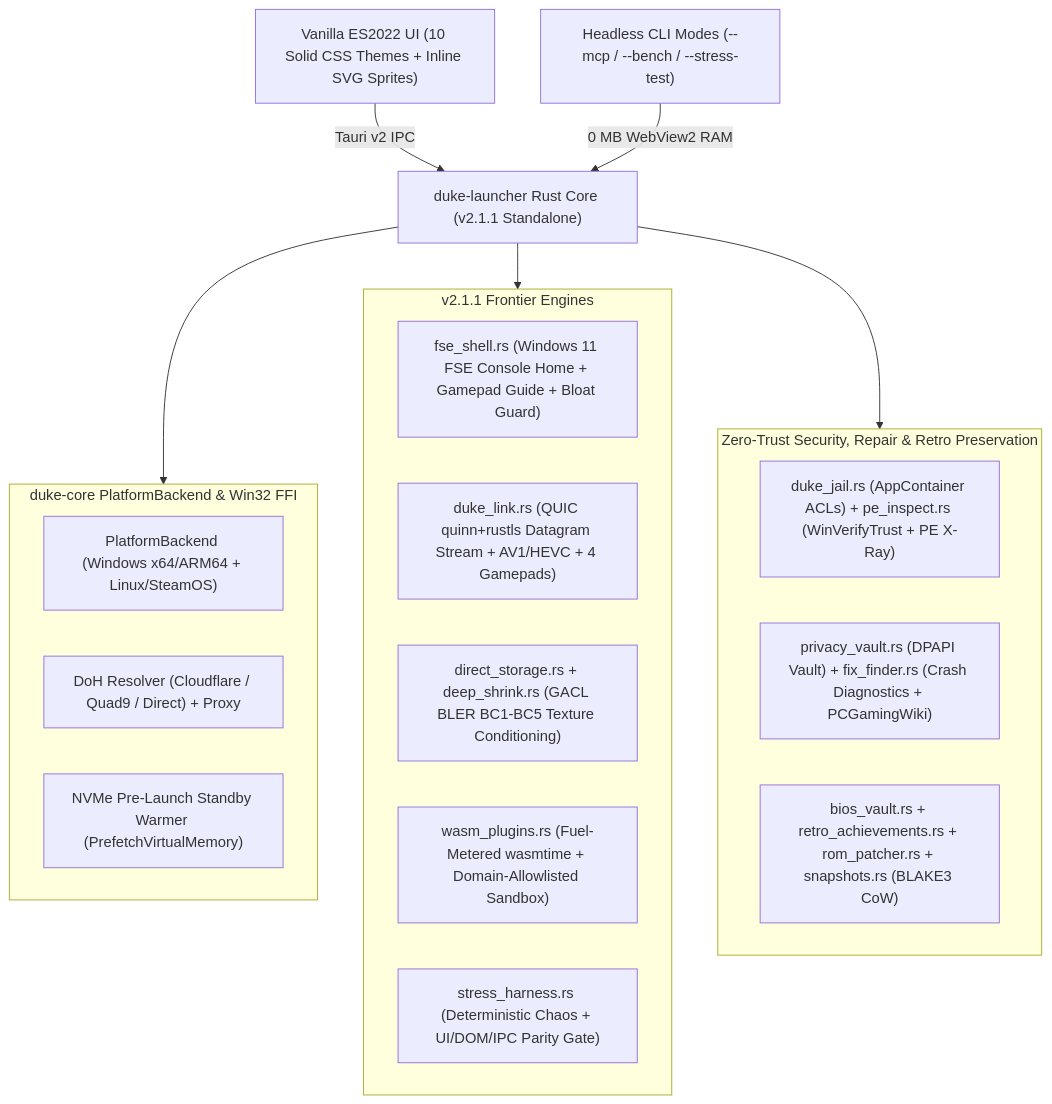
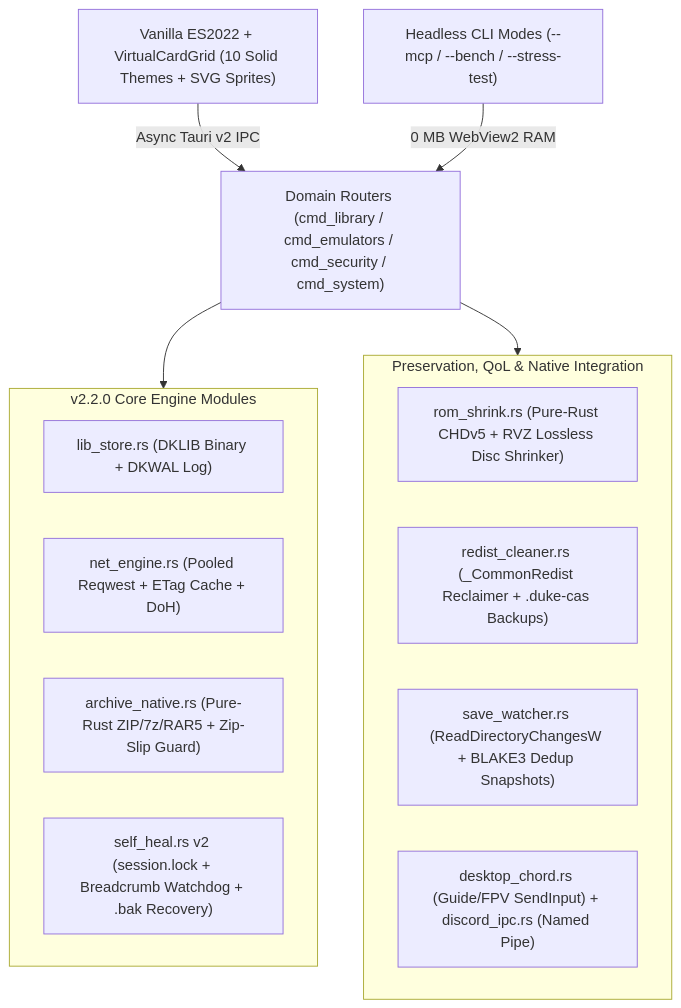
Before and after one commit to willferrara/duke-systems: the diagram in README.md, drawn with Mermaid. The commit also changed other lines of this file and 33 other files, not shown here.

Commit message:
feat: release Duke Launcher v2.2.0 (async freeze-free commands, self-healing v2, pure-Rust rewrites & 5 frontier features)

````diff
--- a/README.md
+++ b/README.md
@@ -68,29 +69,22 @@
 ```mermaid
 flowchart TD
-    UI["Vanilla ES2022 UI (10 Solid CSS Themes + Inline SVG Sprites)"] -->|"Tauri v2 IPC"| CoreEngine["duke-launcher Rust Core (v2.1.1 Standalone)"]
-    CLI["Headless CLI Modes (--mcp / --bench / --stress-test)"] -->|"0 MB WebView2 RAM"| CoreEngine
+    UI["Vanilla ES2022 + VirtualCardGrid (10 Solid Themes + SVG Sprites)"] -->|"Async Tauri v2 IPC"| Routers["Domain Routers (cmd_library / cmd_emulators / cmd_security / cmd_system)"]
+    CLI["Headless CLI Modes (--mcp / --bench / --stress-test)"] -->|"0 MB WebView2 RAM"| Routers
 
-    subgraph PlatformLayer["duke-core PlatformBackend & Win32 FFI"]
-        Backend["PlatformBackend (Windows x64/ARM64 + Linux/SteamOS)"]
-        DoH["DoH Resolver (Cloudflare / Quad9 / Direct) + Proxy"]
-        NVMe["NVMe Pre-Launch Standby Warmer (PrefetchVirtualMemory)"]
+    subgraph CoreV22["v2.2.0 Core Engine Modules"]
+        LibStore["lib_store.rs (DKLIB Binary + DKWAL Log)"]
+        NetEngine["net_engine.rs (Pooled Reqwest + ETag Cache + DoH)"]
+        ArchiveNative["archive_native.rs (Pure-Rust ZIP/7z/RAR5 + Zip-Slip Guard)"]
+        SelfHeal["self_heal.rs v2 (session.lock + Breadcrumb Watchdog + .bak Recovery)"]
     end
 
-    subgraph FrontierV2["v2.1.1 Frontier Engines"]
-        FSE["fse_shell.rs (Windows 11 FSE Console Home + Gamepad Guide + Bloat Guard)"]
-        Link["duke_link.rs (QUIC quinn+rustls Datagram Stream + AV1/HEVC + 4 Gamepads)"]
-        BLER["direct_storage.rs + deep_shrink.rs (GACL BLER BC1-BC5 Texture Conditioning)"]
-        Wasm["wasm_plugins.rs (Fuel-Metered wasmtime + Domain-Allowlisted Sandbox)"]
-        Chaos["stress_harness.rs (Deterministic Chaos + UI/DOM/IPC Parity Gate)"]
+    subgraph PreservationAndUx["Preservation, QoL & Native Integration"]
+        RomShrink["rom_shrink.rs (Pure-Rust CHDv5 + RVZ Lossless Disc Shrinker)"]
+        RedistClean["redist_cleaner.rs (_CommonRedist Reclaimer + .duke-cas Backups)"]
+        SaveWatch["save_watcher.rs (ReadDirectoryChangesW + BLAKE3 Dedup Snapshots)"]
+        ChordDiscord["desktop_chord.rs (Guide/FPV SendInput) + discord_ipc.rs (Named Pipe)"]
     end
 
-    subgraph SecurityRetro["Zero-Trust Security, Repair & Retro Preservation"]
-        Security["duke_jail.rs (AppContainer ACLs) + pe_inspect.rs (WinVerifyTrust + PE X-Ray)"]
-        Vault["privacy_vault.rs (DPAPI Vault) + fix_finder.rs (Crash Diagnostics + PCGamingWiki)"]
-        Preservation["bios_vault.rs + retro_achievements.rs + rom_patcher.rs + snapshots.rs (BLAKE3 CoW)"]
-    end
-
-    CoreEngine --> PlatformLayer
-    CoreEngine --> FrontierV2
-    CoreEngine --> SecurityRetro
+    Routers --> CoreV22
+    Routers --> PreservationAndUx
 ```
````
